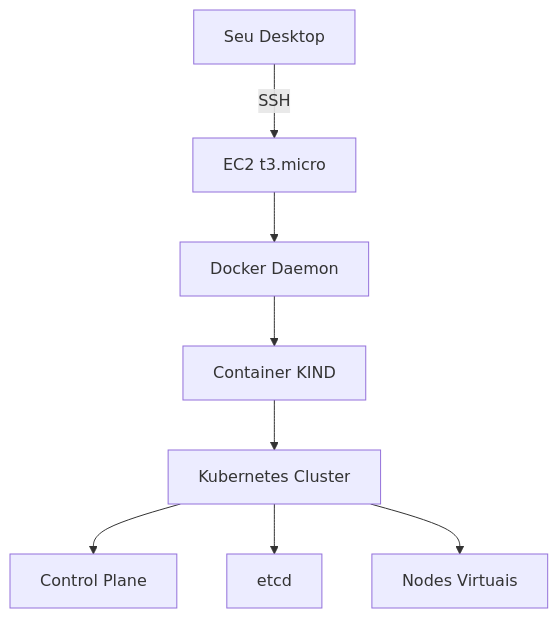
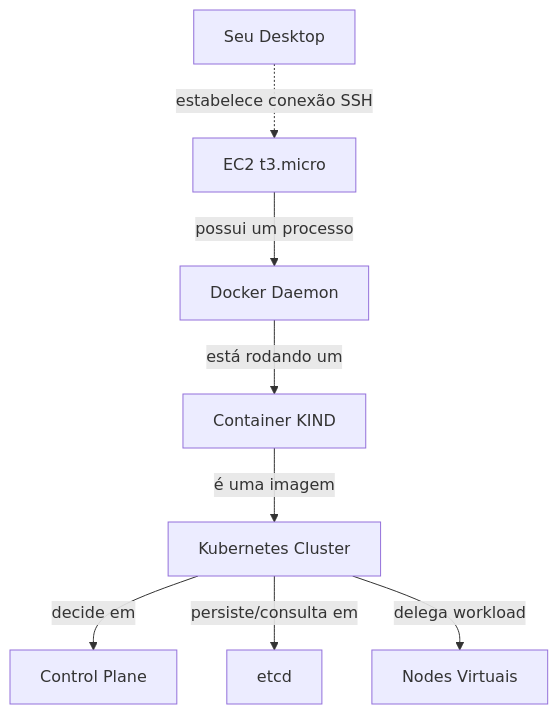
The first of 3 diagrams in k8s-lab-1-aws/README.md (Batchuka/lab-k8s-supervisor), drawn with Mermaid before and after one commit. The commit also changed other lines of this file, not shown here.

````diff
--- a/k8s-lab-1-aws/README.md
+++ b/k8s-lab-1-aws/README.md
@@ -195,12 +190,12 @@
 ```mermaid
 graph TD
-    A[Seu Desktop] -->|SSH| B[EC2 t3.micro]
+    A[Seu Desktop] -.->|estabelece conexão SSH| B[EC2 t3.micro]
 
-    B --> C[Docker Daemon]
-    C --> D[Container KIND]
-    D --> E[Kubernetes Cluster]
+    B -->|possui um processo| C[Docker Daemon]
+    C -->|está rodando um| D[Container KIND]
+    D -->|é uma imagem| E[Kubernetes Cluster]
 
-    E --> E1[Control Plane]
-    E --> E2[etcd]
-    E --> E3[Nodes Virtuais]
+    E -->|decide em| E1[Control Plane]
+    E -->|persiste/consulta em| E2[etcd]
+    E -->|delega workload| E3[Nodes Virtuais]
 ```
````
